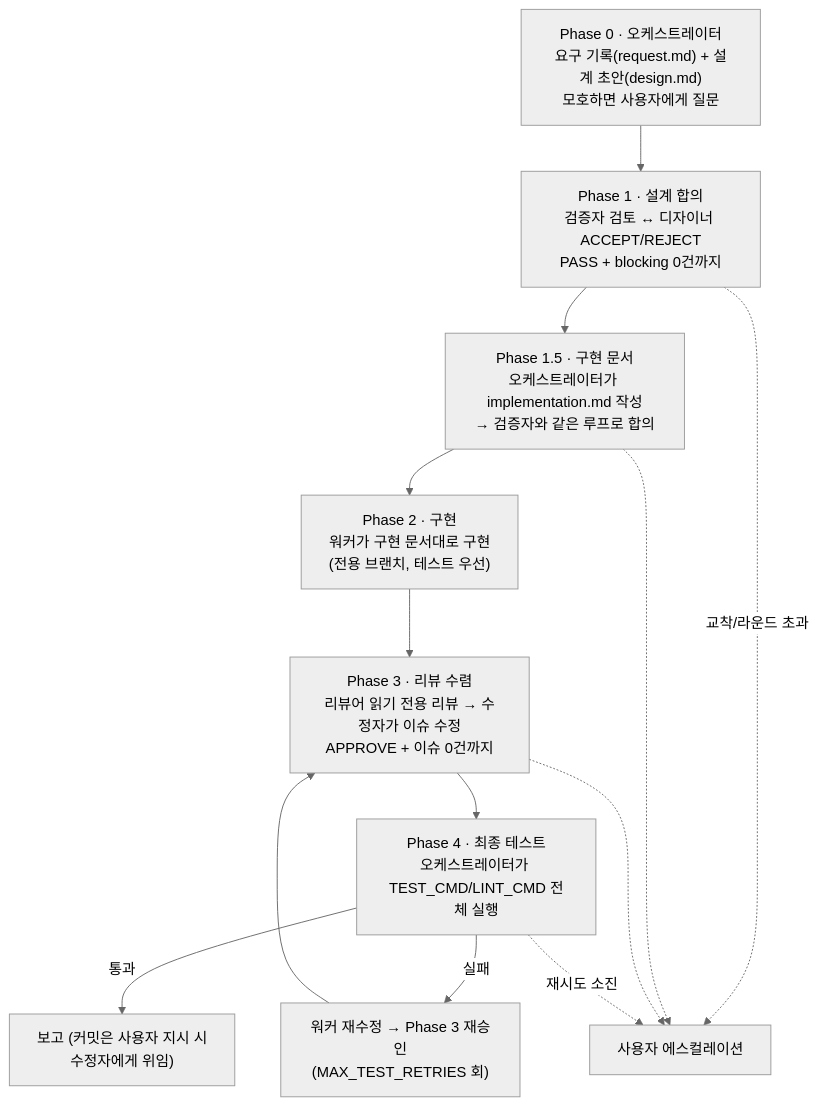
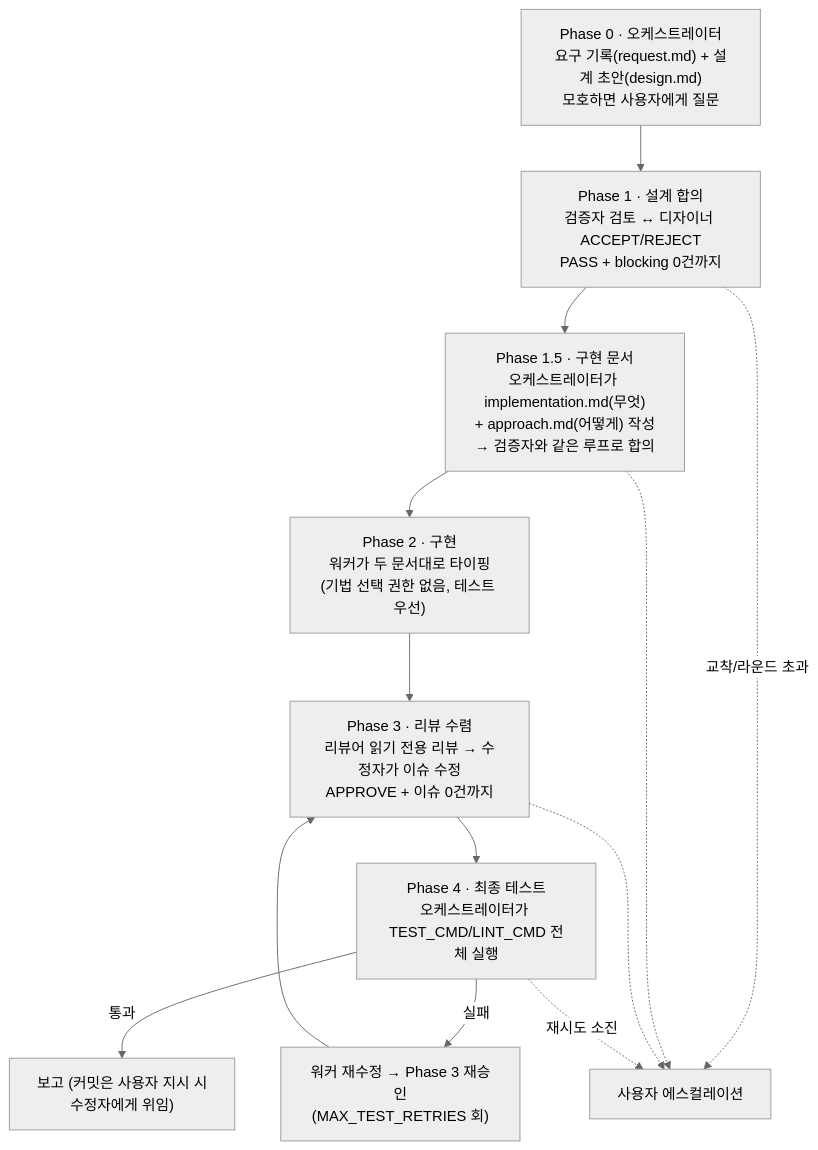
One commit to DEV-asdf-516/feature-skill changed the diagram in README.md. Above: the diagram before and after it, drawn with Mermaid (neutral theme). The commit also changed other lines of this file and 7 other files, not shown here.

First line of the commit message:
feat: 구현 문서를 무엇(implementation.md)/어떻게(approach.md)로 분리 — 워커는 타이피스트

````diff
--- a/README.md
+++ b/README.md
@@ -23,14 +23,14 @@
 ```mermaid
 flowchart TD
     P0["Phase 0 · 오케스트레이터\n요구 기록(request.md) + 설계 초안(design.md)\n모호하면 사용자에게 질문"] --> P1
     P1["Phase 1 · 설계 합의\n검증자 검토 ↔ 디자이너 ACCEPT/REJECT\nPASS + blocking 0건까지"] --> P15
-    P15["Phase 1.5 · 구현 문서\n오케스트레이터가 implementation.md 작성\n→ 검증자와 같은 루프로 합의"] --> P2
-    P2["Phase 2 · 구현\n워커가 구현 문서대로 구현\n(전용 브랜치, 테스트 우선)"] --> P3
+    P15["Phase 1.5 · 구현 문서\n오케스트레이터가 implementation.md(무엇)\n+ approach.md(어떻게) 작성\n→ 검증자와 같은 루프로 합의"] --> P2
+    P2["Phase 2 · 구현\n워커가 두 문서대로 타이핑\n(기법 선택 권한 없음, 테스트 우선)"] --> P3
     P3["Phase 3 · 리뷰 수렴\n리뷰어 읽기 전용 리뷰 → 수정자가 이슈 수정\nAPPROVE + 이슈 0건까지"] --> P4
     P4["Phase 4 · 최종 테스트\n오케스트레이터가 TEST_CMD/LINT_CMD 전체 실행"] -->|통과| DONE["보고 (커밋은 사용자 지시 시\n수정자에게 위임)"]
     P4 -->|실패| P2R["워커 재수정 → Phase 3 재승인\n(MAX_TEST_RETRIES 회)"] --> P3
     P1 -.교착/라운드 초과.-> ESC["사용자 에스컬레이션"]
     P15 -.-> ESC
     P3 -.-> ESC
     P4 -.재시도 소진.-> ESC
 ```
````
